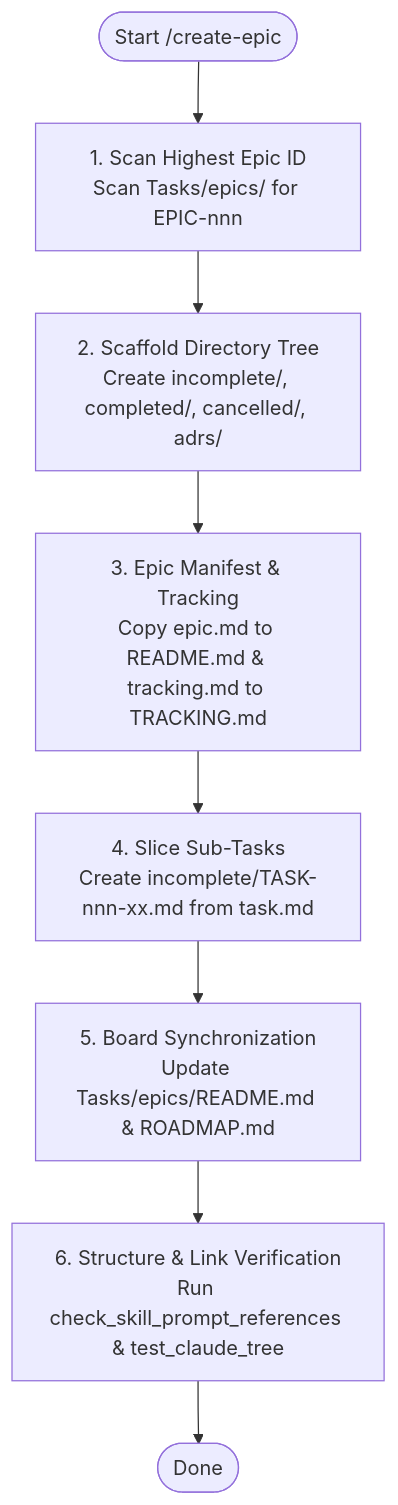
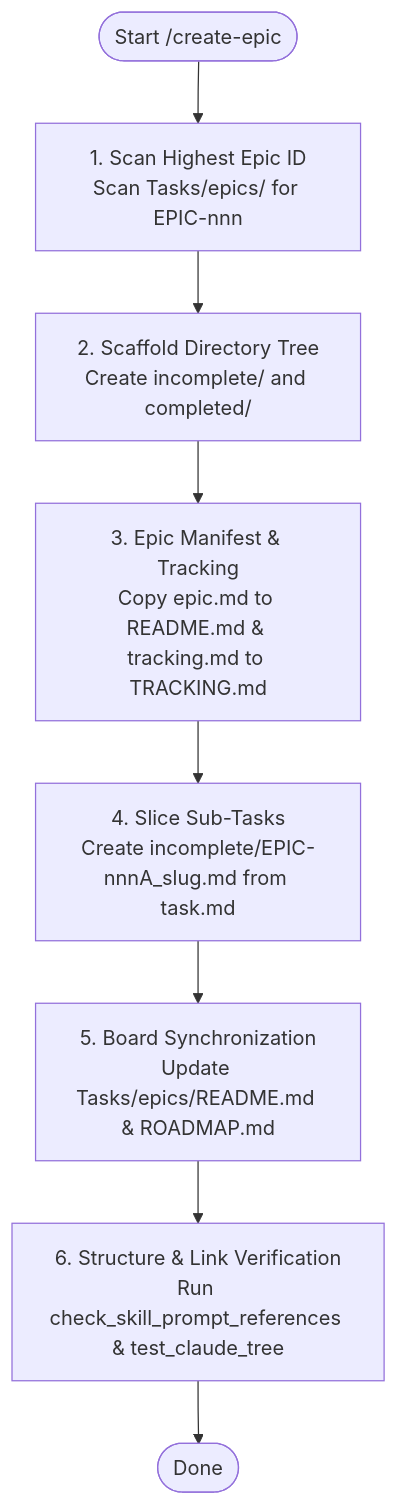
One commit to anhembedded/Sagittarius_Elite_Warrior changed the diagram in .claude/skills/create-epic/SKILL.md. Above: the diagram before and after it, drawn with Mermaid. The commit also changed other lines of this file and 19 other files, not shown here.

````diff
--- a/.claude/skills/create-epic/SKILL.md
+++ b/.claude/skills/create-epic/SKILL.md
@@ -12,10 +12,10 @@
 ```mermaid
 flowchart TD
     Start(["Start /create-epic"]) --> Scan["1. Scan Highest Epic ID<br/>Scan Tasks/epics/ for EPIC-nnn"]
-    Scan --> Scaffold["2. Scaffold Directory Tree<br/>Create incomplete/, completed/, cancelled/, adrs/"]
+    Scan --> Scaffold["2. Scaffold Directory Tree<br/>Create incomplete/ and completed/"]
     Scaffold --> Manifest["3. Epic Manifest & Tracking<br/>Copy epic.md to README.md & tracking.md to TRACKING.md"]
-    Manifest --> Slice["4. Slice Sub-Tasks<br/>Create incomplete/TASK-nnn-xx.md from task.md"]
+    Manifest --> Slice["4. Slice Sub-Tasks<br/>Create incomplete/EPIC-nnnA_slug.md from task.md"]
     Slice --> Sync["5. Board Synchronization<br/>Update Tasks/epics/README.md & ROADMAP.md"]
     Sync --> Verify["6. Structure & Link Verification<br/>Run check_skill_prompt_references & test_claude_tree"]
     Verify --> Done(["Done"])
 ```
````
